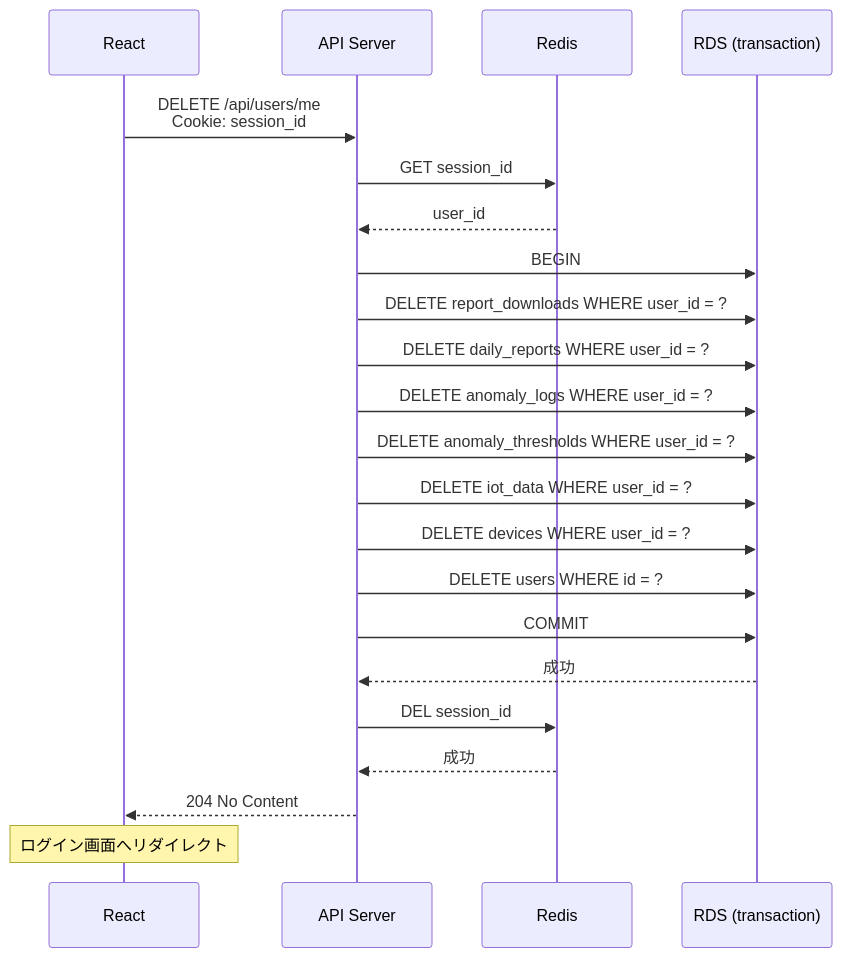
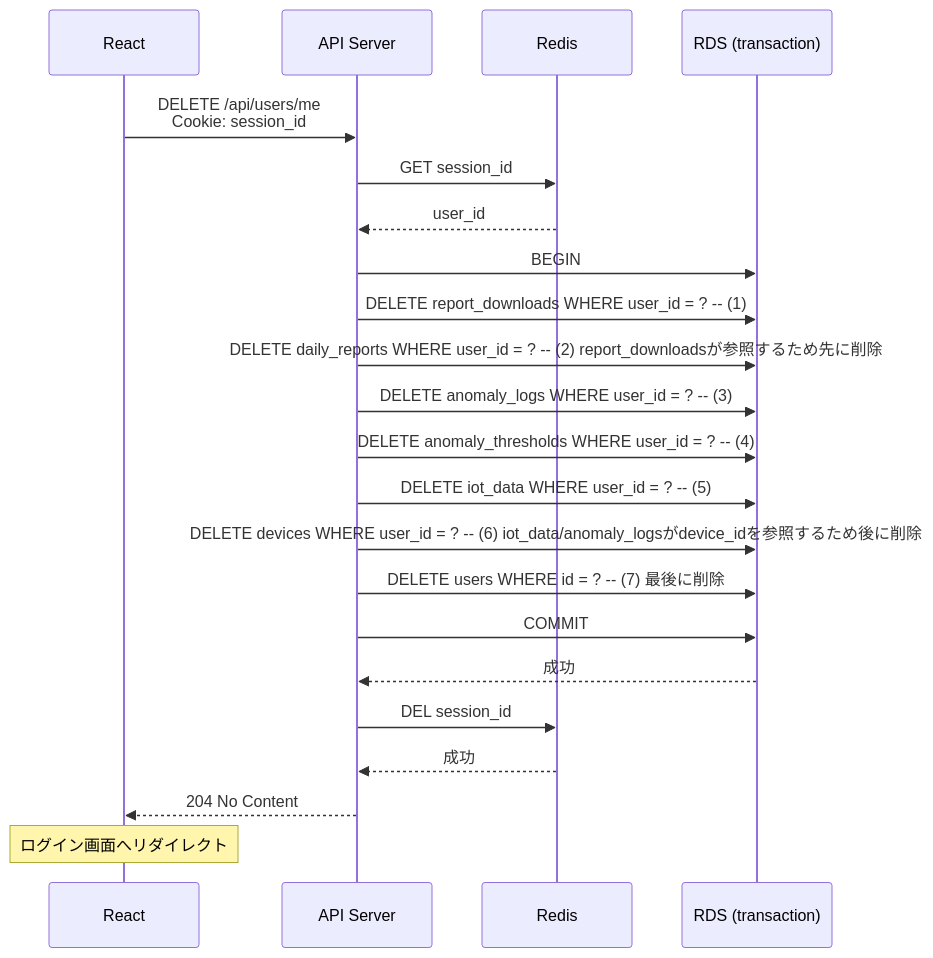
Before and after one commit to riaton/home-smart-factory: the second of 5 diagrams in basic_design/sequence/ユーザー管理.md, drawn with Mermaid. The commit also changed 7 other files, not shown here.

````diff
--- a/basic_design/sequence/ユーザー管理.md
+++ b/basic_design/sequence/ユーザー管理.md
@@ -34,30 +34,30 @@
 ```mermaid
 sequenceDiagram
     participant React as React
     participant API as API Server
     participant Redis as Redis
     participant DB as RDS (transaction)
 
     React->>API: DELETE /api/users/me<br/>Cookie: session_id
     API->>Redis: GET session_id
     Redis-->>API: user_id
 
     API->>DB: BEGIN
 
-    API->>DB: DELETE report_downloads WHERE user_id = ?
-    API->>DB: DELETE daily_reports WHERE user_id = ?
-    API->>DB: DELETE anomaly_logs WHERE user_id = ?
-    API->>DB: DELETE anomaly_thresholds WHERE user_id = ?
-    API->>DB: DELETE iot_data WHERE user_id = ?
-    API->>DB: DELETE devices WHERE user_id = ?
-    API->>DB: DELETE users WHERE id = ?
+    API->>DB: DELETE report_downloads WHERE user_id = ? -- (1)
+    API->>DB: DELETE daily_reports WHERE user_id = ? -- (2) report_downloadsが参照するため先に削除
+    API->>DB: DELETE anomaly_logs WHERE user_id = ? -- (3)
+    API->>DB: DELETE anomaly_thresholds WHERE user_id = ? -- (4)
+    API->>DB: DELETE iot_data WHERE user_id = ? -- (5)
+    API->>DB: DELETE devices WHERE user_id = ? -- (6) iot_data/anomaly_logsがdevice_idを参照するため後に削除
+    API->>DB: DELETE users WHERE id = ? -- (7) 最後に削除
 
     API->>DB: COMMIT
     DB-->>API: 成功
 
     API->>Redis: DEL session_id
     Redis-->>API: 成功
 
     API-->>React: 204 No Content
     Note over React: ログイン画面へリダイレクト
 ```
````
